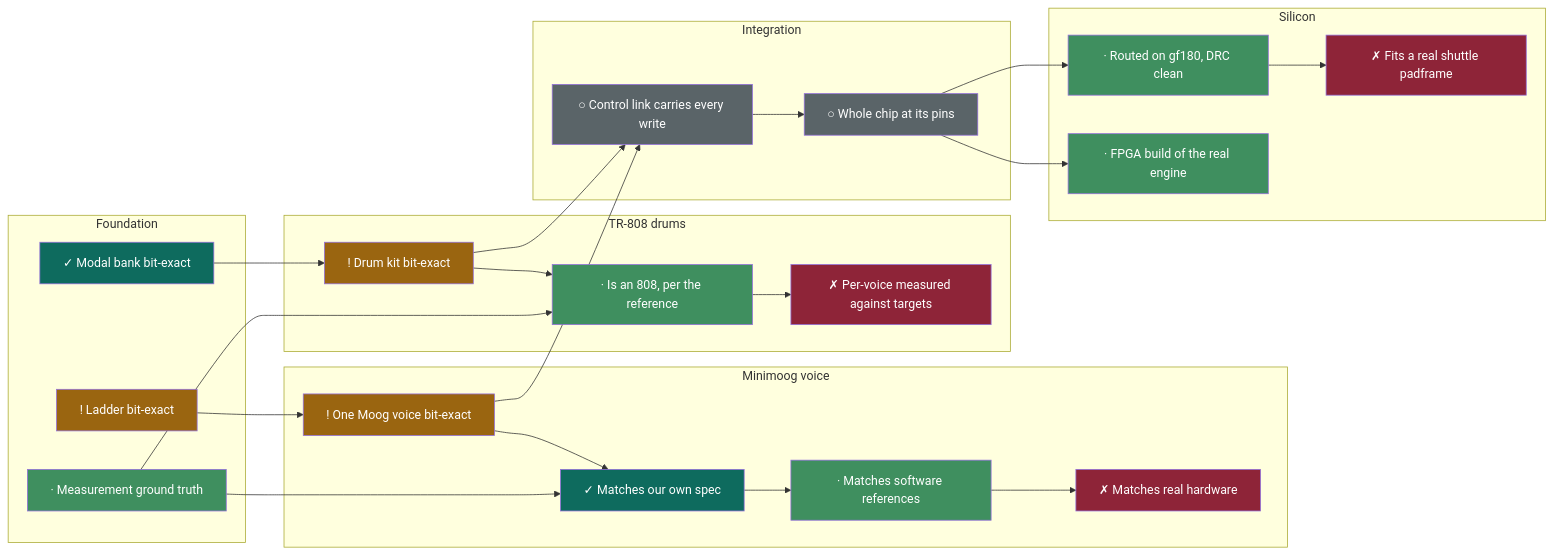
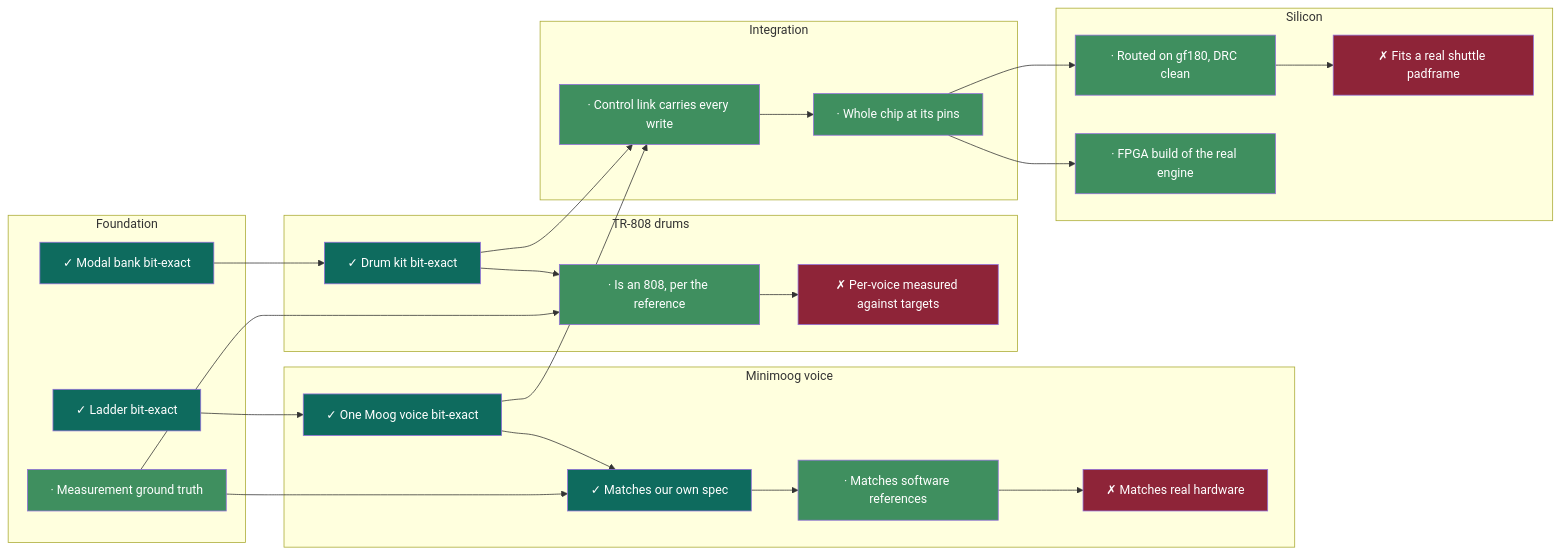
One commit to 2AMLogic/gf180-parasynth changed the diagram in README.md. Above: the diagram before and after it, drawn with Mermaid. The commit also changed other lines of this file and 2 other files, not shown here.

Commit message:
Fix the two claims the nightly rewiring left stale, and commit the README they imply
Review on #818 (run 44024149059) found two deterministic CI failures:

- docs/failure-modes.md:191 and spec/NUMERIC-CONTRACT.md:2419 still bound
  'run: python rtl-sketch/verify_synth_top.py' to a nightly job line this PR
  deleted (the four bare verifier steps became the record step). Rebind each
  as the two-part split milestones.md already uses for the same migration:
  the naming half in docs/dag.json (the verifier is a slow DAG node) plus the
  scheduling half in nightly.yml (compile_dag.py --run --slow runs every slow
  node), so dropping either half turns a claim stale instead of silent.
- The PR adds 30 lines of records to docs/dag-results.json but stopped
  carrying README.md, so compile_dag.py --check read the committed table and
  records as disagreeing. Regenerate README.md from those same records:
  F1/M1/D1 STALE -> STAMPED, I1/I2 TODO -> GREEN.

The spec/NUMERIC-CONTRACT.md marker was not in the CI failure list only
because the python job's full-checker step was skipped after the earlier
failure; tools/check_doc_claims.py now reports 0 stale across the tree.

````diff
--- a/README.md
+++ b/README.md
@@ -69,58 +69,58 @@
 ```mermaid
 graph LR
   subgraph foundation["Foundation"]
-    F1["! Ladder bit-exact"]
+    F1["✓ Ladder bit-exact"]
     F2["✓ Modal bank bit-exact"]
     F3["· Measurement ground truth"]
   end
   subgraph minimoog["Minimoog voice"]
-    M1["! One Moog voice bit-exact"]
+    M1["✓ One Moog voice bit-exact"]
     M2["✓ Matches our own spec"]
     M3["· Matches software references"]
     M4["✗ Matches real hardware"]
   end
   subgraph drums["TR-808 drums"]
-    D1["! Drum kit bit-exact"]
+    D1["✓ Drum kit bit-exact"]
     D2["· Is an 808, per the reference"]
     D3["✗ Per-voice measured against targets"]
   end
   subgraph integration["Integration"]
-    I1["○ Control link carries every write"]
-    I2["○ Whole chip at its pins"]
+    I1["· Control link carries every write"]
+    I2["· Whole chip at its pins"]
   end
   subgraph silicon["Silicon"]
     S1["· Routed on gf180, DRC clean"]
     S2["✗ Fits a real shuttle padframe"]
     S3["· FPGA build of the real engine"]
   end
   F1 --> M1
   M1 --> M2
   F3 --> M2
   M2 --> M3
   M3 --> M4
   F2 --> D1
   D1 --> D2
   F3 --> D2
   D2 --> D3
   M1 --> I1
   D1 --> I1
   I1 --> I2
   I2 --> S1
   S1 --> S2
   I2 --> S3
-  style F1 fill:#9A6510,color:#fff
+  style F1 fill:#0E6B5E,color:#fff
   style F2 fill:#0E6B5E,color:#fff
   style F3 fill:#3f8f5f,color:#fff
-  style M1 fill:#9A6510,color:#fff
+  style M1 fill:#0E6B5E,color:#fff
   style M2 fill:#0E6B5E,color:#fff
   style M3 fill:#3f8f5f,color:#fff
   style M4 fill:#8E2438,color:#fff
-  style D1 fill:#9A6510,color:#fff
+  style D1 fill:#0E6B5E,color:#fff
   style D2 fill:#3f8f5f,color:#fff
   style D3 fill:#8E2438,color:#fff
-  style I1 fill:#5a6468,color:#fff
-  style I2 fill:#5a6468,color:#fff
+  style I1 fill:#3f8f5f,color:#fff
+  style I2 fill:#3f8f5f,color:#fff
   style S1 fill:#3f8f5f,color:#fff
   style S2 fill:#8E2438,color:#fff
   style S3 fill:#3f8f5f,color:#fff
 ```
````
